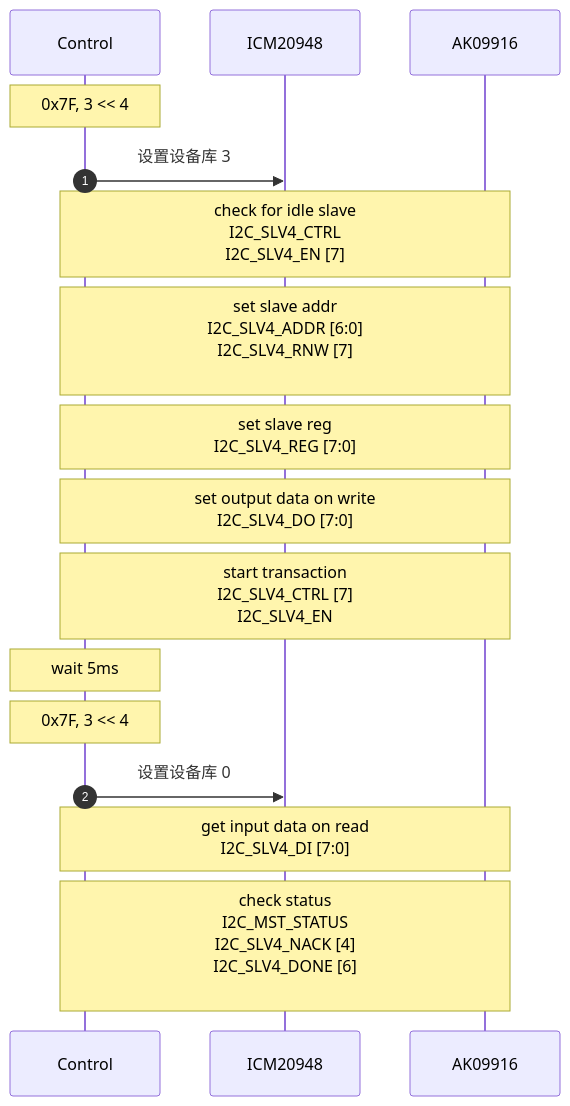
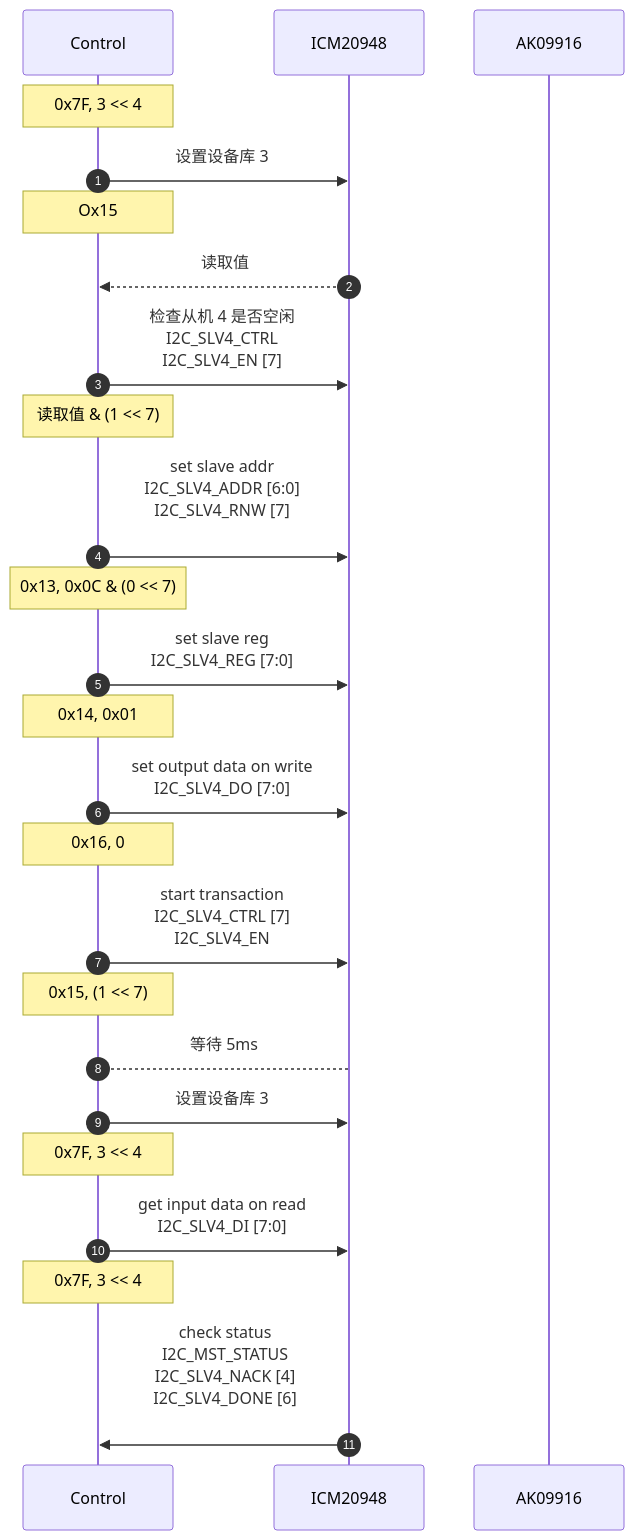
Before and after one commit to hkdickyko/hkdickyko.github.io: the sixth of 6 diagrams in _posts/2025-04-06-mdchart.md, drawn with Mermaid. The commit also changed other lines of this file, not shown here.

```diff
--- a/_posts/2025-04-06-mdchart.md
+++ b/_posts/2025-04-06-mdchart.md
@@ -278,21 +282,29 @@
 <div class="mermaid">
 sequenceDiagram;
    autonumber;
    participant C as Control;
    participant I as ICM20948;
    participant A as AK09916;
    note over C: 0x7F, 3 << 4;
    C->>I: 设置设备库 3;
-   note over C,A: check for idle slave<br/>I2C_SLV4_CTRL<br/>I2C_SLV4_EN [7];
-   note over C,A: set slave addr<br/>I2C_SLV4_ADDR [6:0]<br/>I2C_SLV4_RNW [7]<br/>;
-   note over C,A: set slave reg<br/>I2C_SLV4_REG [7:0];
-   note over C,A: set output data on write<br/>I2C_SLV4_DO [7:0];
-   note over C,A: start transaction<br/>I2C_SLV4_CTRL [7] <br/>I2C_SLV4_EN;
-   note over C: wait 5ms;
+   note over C: Ox15
+   I-->>C: 读取值;
+   C->>I: 检查从机 4 是否空闲<br/>I2C_SLV4_CTRL<br/>I2C_SLV4_EN [7];
+   note over C: 读取值 & (1 << 7);
+   C->>I: set slave addr<br/>I2C_SLV4_ADDR [6:0]<br/>I2C_SLV4_RNW [7]<br/>;
+   note over C: 0x13, 0x0C & (0 << 7);
+   C->>I: set slave reg<br/>I2C_SLV4_REG [7:0];
+   note over C: 0x14, 0x01;   
+   C->>I: set output data on write<br/>I2C_SLV4_DO [7:0];
+   note over C: 0x16, 0; 
+   C->>I: start transaction<br/>I2C_SLV4_CTRL [7] <br/>I2C_SLV4_EN;
+   note over C: 0x15, (1 << 7);   
+   C-->I: 等待 5ms;
+   C->>I: 设置设备库 3;
    note over C: 0x7F, 3 << 4;
-   C->>I: 设置设备库 0;
-   note over C,A: get input data on read<br/>I2C_SLV4_DI [7:0];
-   note over C,A: check status<br/>I2C_MST_STATUS<br/>I2C_SLV4_NACK [4]<br/>I2C_SLV4_DONE [6]<br/>;
+   C->>I: get input data on read<br/>I2C_SLV4_DI [7:0];
+   note over C: 0x7F, 3 << 4;
+   I->>C: check status<br/>I2C_MST_STATUS<br/>I2C_SLV4_NACK [4]<br/>I2C_SLV4_DONE [6]<br/>;
 
 
 </div>
```
